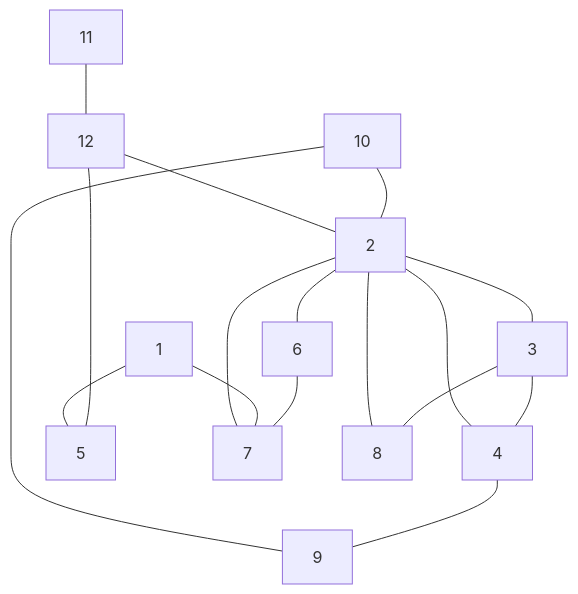
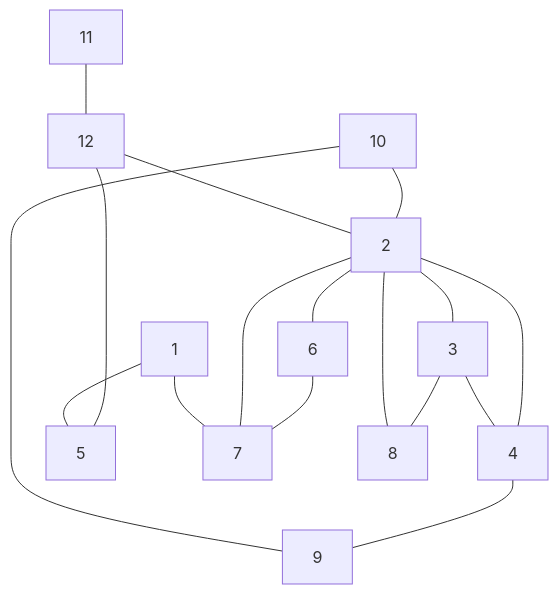
The diagram in README.md (antononcube/Raku-Graph), drawn with Mermaid before and after one commit. The commit also changed other lines of this file and 1 other file, not shown here.

````diff
--- a/README.md
+++ b/README.md
@@ -157,19 +157,19 @@
 ```mermaid
 graph TD
-2 --- 6
-6 --- 7
-3 --- 4
 2 --- 4
 4 --- 9
-10 --- 2
-10 --- 9
-12 --- 5
-1 --- 5
+3 --- 4
+6 --- 7
+2 --- 6
 3 --- 8
 2 --- 8
+10 --- 9
+10 --- 2
+12 --- 2
+11 --- 12
+12 --- 5
+2 --- 7
 1 --- 7
-2 --- 7
+1 --- 5
 2 --- 3
-11 --- 12
-12 --- 2
 ```
````
